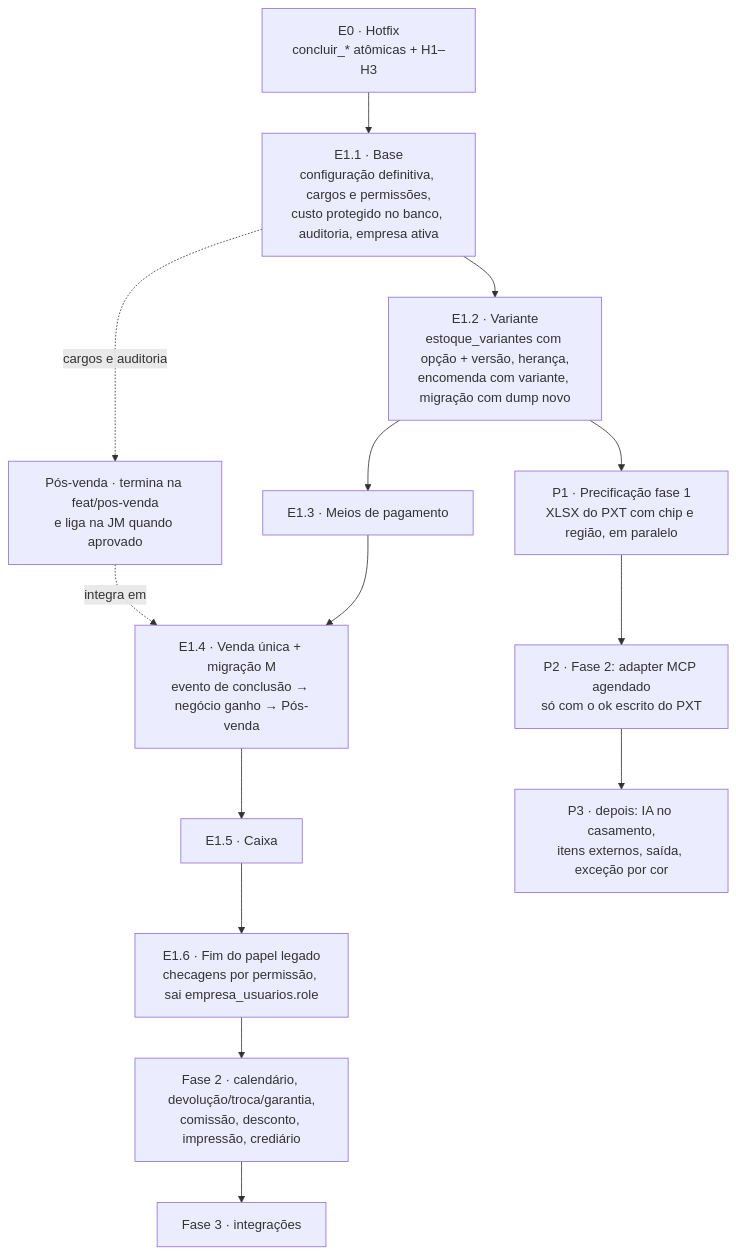
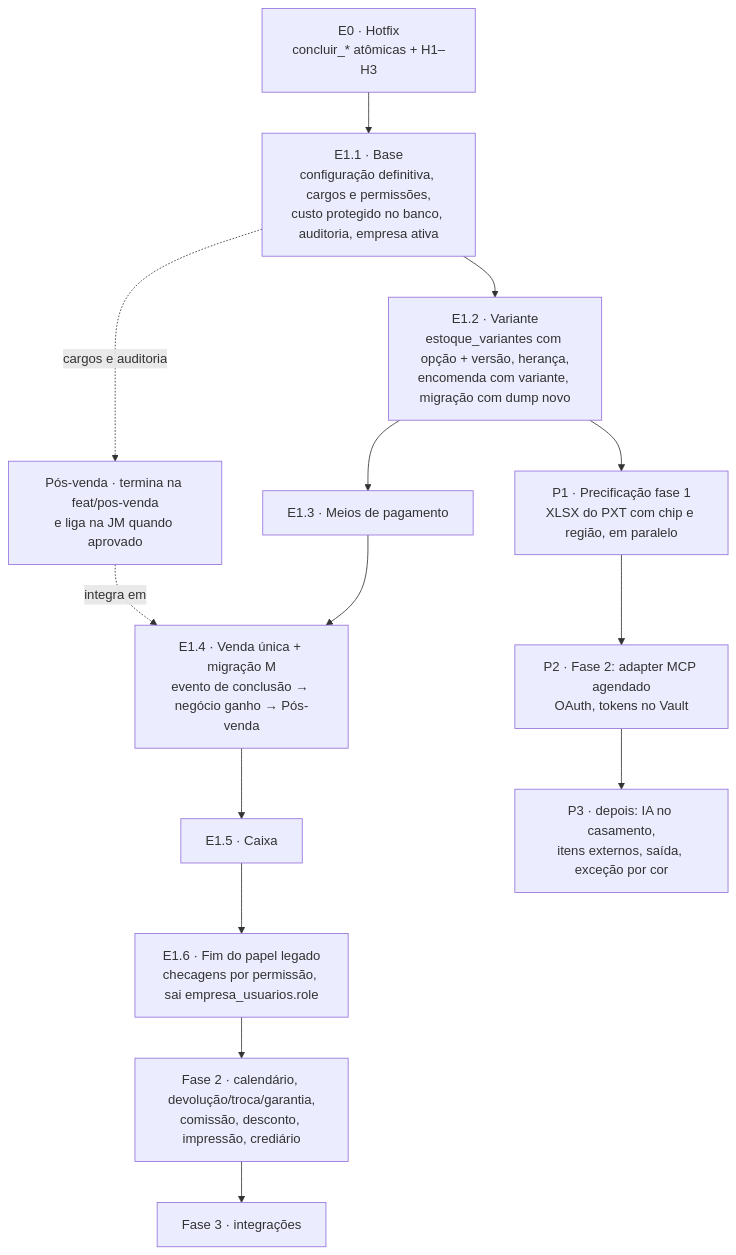
The diagram in docs/roteiro-reconstrucao.md (ramponi19/crm-saas), drawn with Mermaid before and after one commit. The commit also changed other lines of this file and 1 other file, not shown here.

````diff
--- a/docs/roteiro-reconstrucao.md
+++ b/docs/roteiro-reconstrucao.md
@@ -43,15 +43,15 @@
 ```mermaid
 flowchart TD
     E0[E0 · Hotfix<br/>concluir_* atômicas + H1–H3] --> E11
     E11[E1.1 · Base<br/>configuração definitiva, cargos e permissões,<br/>custo protegido no banco, auditoria, empresa ativa] --> E12
     E12[E1.2 · Variante<br/>estoque_variantes com opção + versão, herança,<br/>encomenda com variante, migração com dump novo] --> E13
     E13[E1.3 · Meios de pagamento] --> E14
     E14[E1.4 · Venda única + migração M<br/>evento de conclusão → negócio ganho → Pós-venda] --> E15
     E15[E1.5 · Caixa] --> E16
     E16[E1.6 · Fim do papel legado<br/>checagens por permissão, sai empresa_usuarios.role] --> F2
     F2[Fase 2 · calendário, devolução/troca/garantia,<br/>comissão, desconto, impressão, crediário] --> F3[Fase 3 · integrações]
     E12 --> P1[P1 · Precificação fase 1<br/>XLSX do PXT com chip e região, em paralelo]
-    P1 --> P2[P2 · Fase 2: adapter MCP agendado<br/>só com o ok escrito do PXT] --> P3[P3 · depois: IA no casamento,<br/>itens externos, saída, exceção por cor]
+    P1 --> P2[P2 · Fase 2: adapter MCP agendado<br/>OAuth, tokens no Vault] --> P3[P3 · depois: IA no casamento,<br/>itens externos, saída, exceção por cor]
     PV[Pós-venda · termina na feat/pos-venda<br/>e liga na JM quando aprovado] -. integra em .-> E14
     E11 -. cargos e auditoria .-> PV
 ```
````
